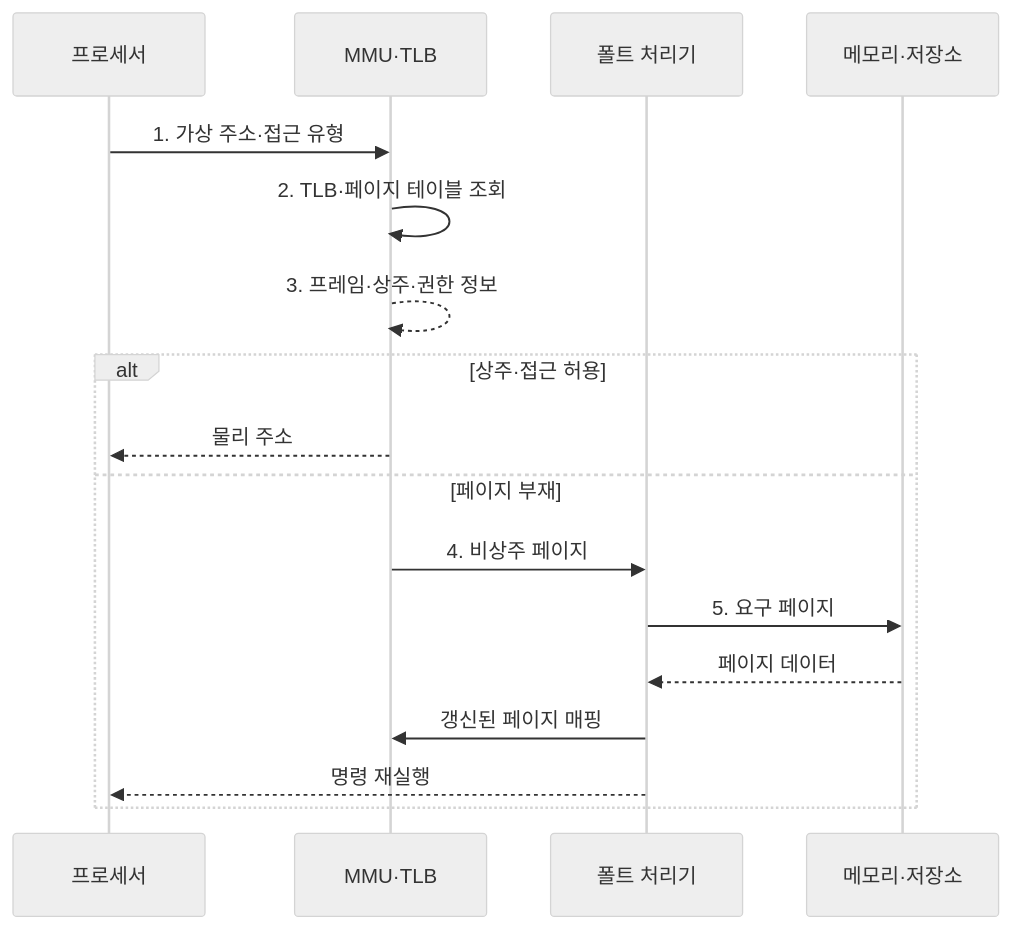
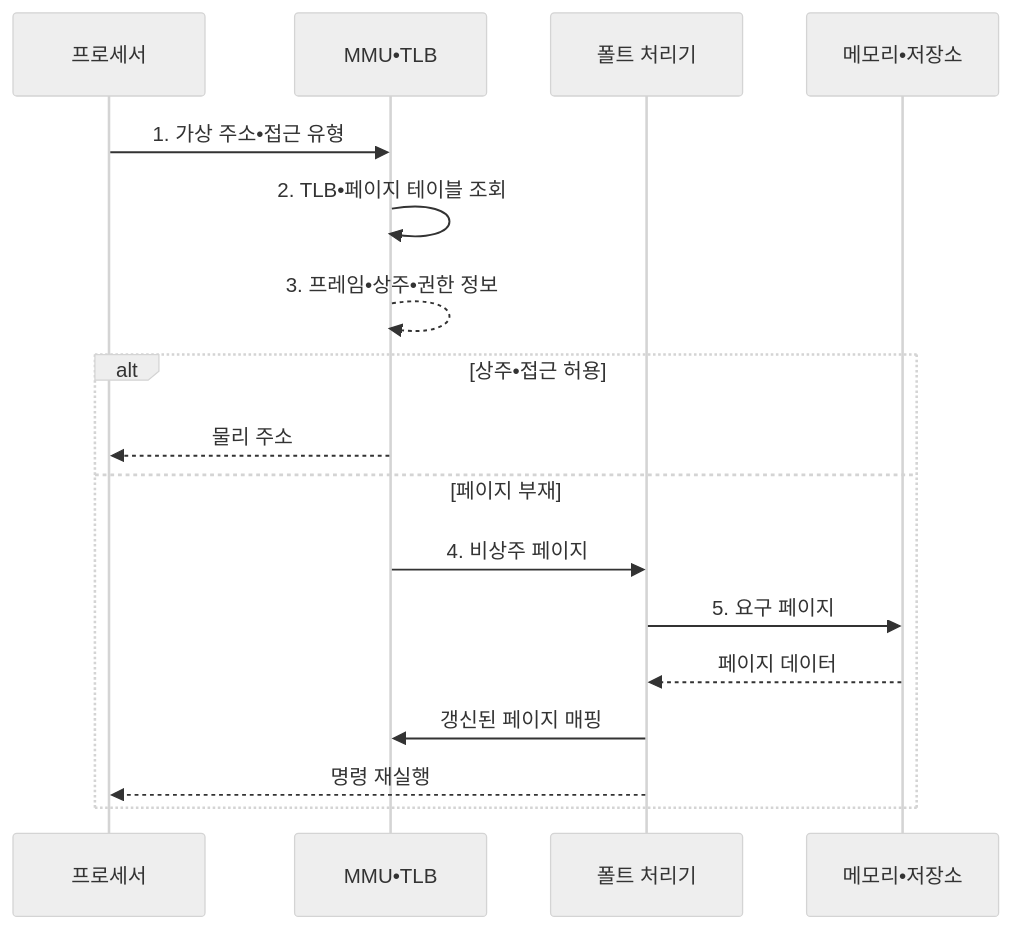
The second of 2 diagrams in src/content/docs/notes/03-software/015_virtual_memory.md (agnusdei1207/knowledge-base), drawn with Mermaid (neutral theme) before and after one commit. The commit also changed other lines of this file and 953 other files, not shown here.

````diff
--- a/src/content/docs/notes/03-software/015_virtual_memory.md
+++ b/src/content/docs/notes/03-software/015_virtual_memory.md
@@ -104,19 +104,19 @@
 ```mermaid
 sequenceDiagram
     participant C as 프로세서
-    participant L as MMU·TLB
+    participant L as MMU•TLB
     participant H as 폴트 처리기
-    participant B as 메모리·저장소
-    C->>L: 1. 가상 주소·접근 유형
-    L->>L: 2. TLB·페이지 테이블 조회
-    L-->>L: 3. 프레임·상주·권한 정보
-    alt 상주·접근 허용
+    participant B as 메모리•저장소
+    C->>L: 1. 가상 주소•접근 유형
+    L->>L: 2. TLB•페이지 테이블 조회
+    L-->>L: 3. 프레임•상주•권한 정보
+    alt 상주•접근 허용
         L-->>C: 물리 주소
     else 페이지 부재
         L->>H: 4. 비상주 페이지
         H->>B: 5. 요구 페이지
         B-->>H: 페이지 데이터
         H->>L: 갱신된 페이지 매핑
         H-->>C: 명령 재실행
     end
 ```
````
